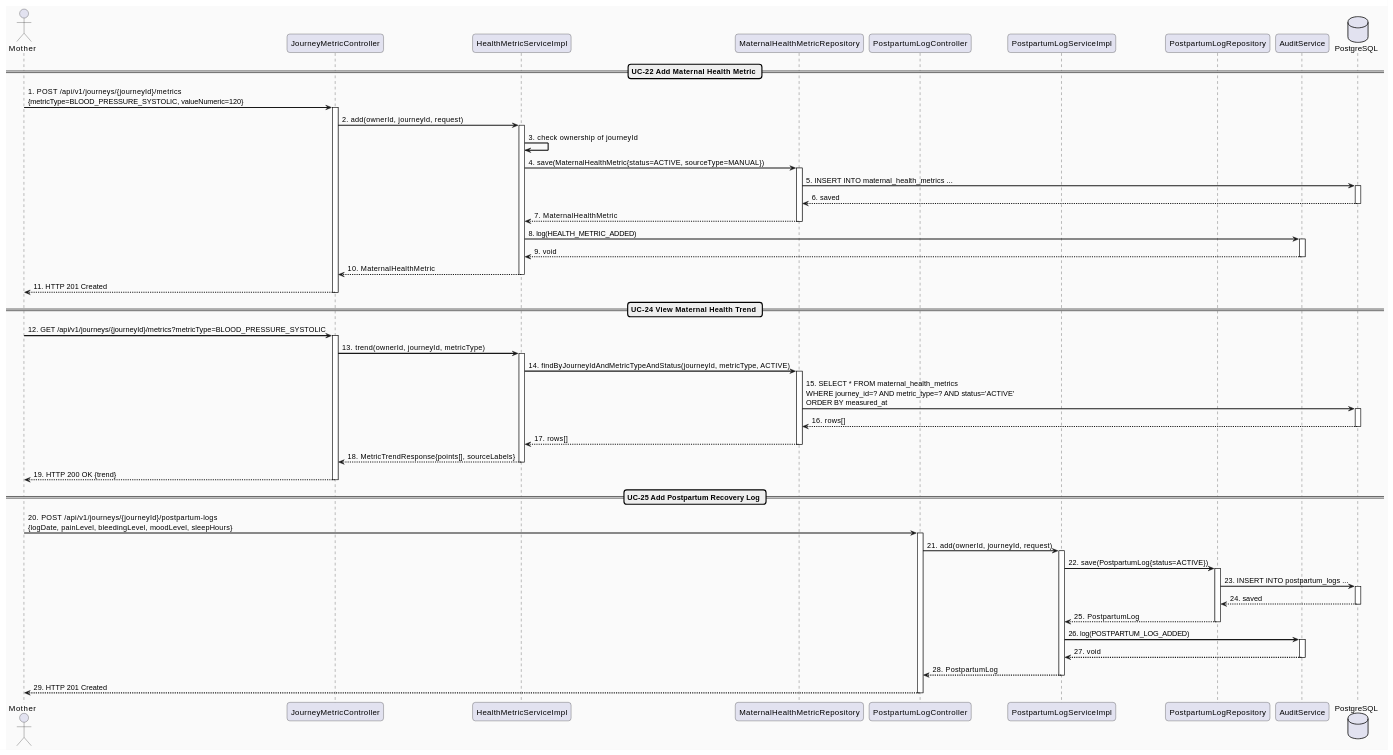
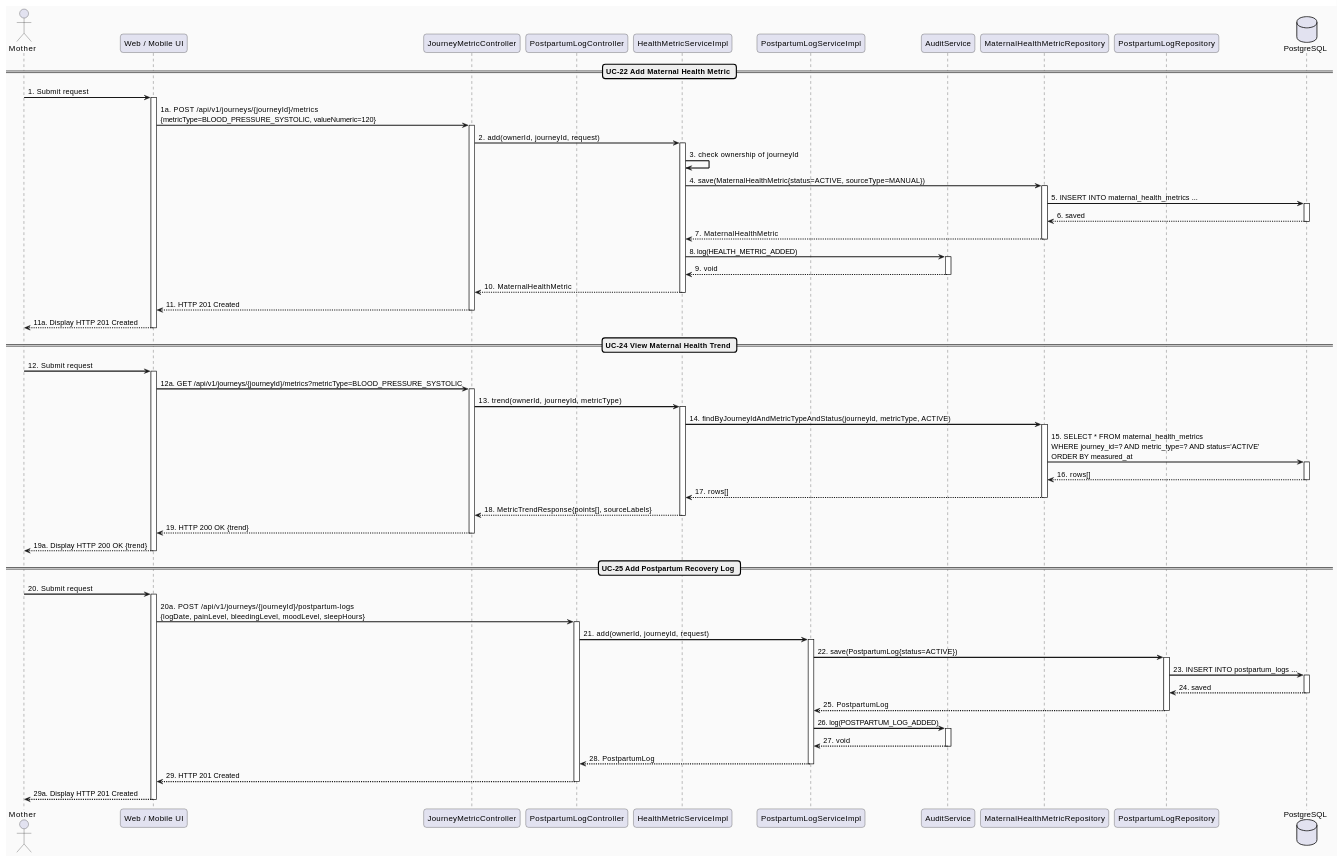
One commit to ChuongBDHE172784/CareBridge_SEP490_G79 changed the second of 2 diagrams in docs/Detailed_Design/MF02_Mother_Care_Journey/02_Maternal_Health_Postpartum_Tracking.md. Above: the diagram before and after it, drawn with PlantUML. The commit also changed other lines of this file and 97 other files, not shown here.

Commit message:
docs: update detailed design documentation with new diagrams and restructured module files.

````diff
--- a/docs/Detailed_Design/MF02_Mother_Care_Journey/02_Maternal_Health_Postpartum_Tracking.md
+++ b/docs/Detailed_Design/MF02_Mother_Care_Journey/02_Maternal_Health_Postpartum_Tracking.md
@@ -168,17 +168,20 @@
 skinparam backgroundColor #FAFAFA
 
 actor "Mother" as M
+participant "Web / Mobile UI" as UI
 participant "JourneyMetricController" as MetricController
+participant "PostpartumLogController" as LogController
 participant "HealthMetricServiceImpl" as MetricService
+participant "PostpartumLogServiceImpl" as LogService
+participant "AuditService" as Audit
 participant "MaternalHealthMetricRepository" as MetricRepo
-participant "PostpartumLogController" as LogController
-participant "PostpartumLogServiceImpl" as LogService
 participant "PostpartumLogRepository" as LogRepo
-participant "AuditService" as Audit
 database "PostgreSQL" as DB
 
 == UC-22 Add Maternal Health Metric ==
-M -> MetricController : 1. POST /api/v1/journeys/{journeyId}/metrics\n{metricType=BLOOD_PRESSURE_SYSTOLIC, valueNumeric=120}
+M -> UI : 1. Submit request
+activate UI
+UI -> MetricController : 1a. POST /api/v1/journeys/{journeyId}/metrics\n{metricType=BLOOD_PRESSURE_SYSTOLIC, valueNumeric=120}
 activate MetricController
 MetricController -> MetricService : 2. add(ownerId, journeyId, request)
 activate MetricService
@@ -197,11 +200,15 @@
 deactivate Audit
 MetricService --> MetricController : 10. MaternalHealthMetric
 deactivate MetricService
-MetricController --> M : 11. HTTP 201 Created
+MetricController --> UI : 11. HTTP 201 Created
 deactivate MetricController
+UI --> M : 11a. Display HTTP 201 Created
+deactivate UI
 
 == UC-24 View Maternal Health Trend ==
-M -> MetricController : 12. GET /api/v1/journeys/{journeyId}/metrics?metricType=BLOOD_PRESSURE_SYSTOLIC
+M -> UI : 12. Submit request
+activate UI
+UI -> MetricController : 12a. GET /api/v1/journeys/{journeyId}/metrics?metricType=BLOOD_PRESSURE_SYSTOLIC
 activate MetricController
 MetricController -> MetricService : 13. trend(ownerId, journeyId, metricType)
 activate MetricService
@@ -215,11 +222,15 @@
 deactivate MetricRepo
 MetricService --> MetricController : 18. MetricTrendResponse{points[], sourceLabels}
 deactivate MetricService
-MetricController --> M : 19. HTTP 200 OK {trend}
+MetricController --> UI : 19. HTTP 200 OK {trend}
 deactivate MetricController
+UI --> M : 19a. Display HTTP 200 OK {trend}
+deactivate UI
 
 == UC-25 Add Postpartum Recovery Log ==
-M -> LogController : 20. POST /api/v1/journeys/{journeyId}/postpartum-logs\n{logDate, painLevel, bleedingLevel, moodLevel, sleepHours}
+M -> UI : 20. Submit request
+activate UI
+UI -> LogController : 20a. POST /api/v1/journeys/{journeyId}/postpartum-logs\n{logDate, painLevel, bleedingLevel, moodLevel, sleepHours}
 activate LogController
 LogController -> LogService : 21. add(ownerId, journeyId, request)
 activate LogService
@@ -237,8 +248,10 @@
 deactivate Audit
 LogService --> LogController : 28. PostpartumLog
 deactivate LogService
-LogController --> M : 29. HTTP 201 Created
+LogController --> UI : 29. HTTP 201 Created
 deactivate LogController
+UI --> M : 29a. Display HTTP 201 Created
+deactivate UI
 
 @enduml
 ```
````
